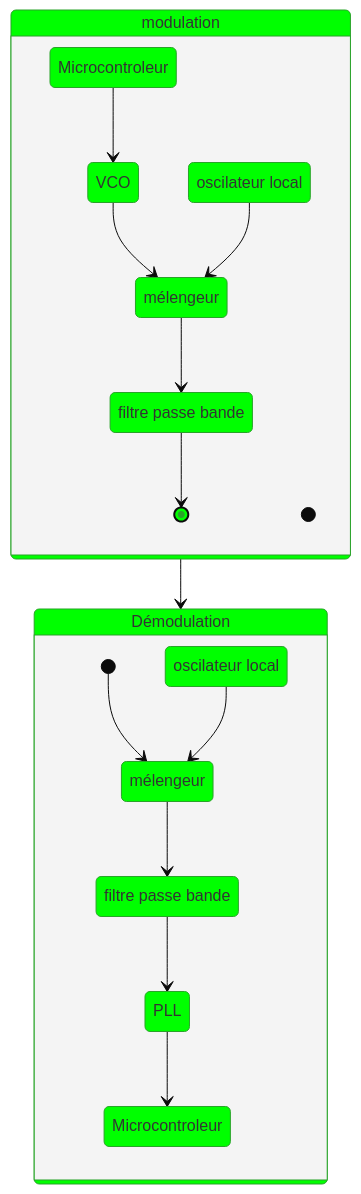
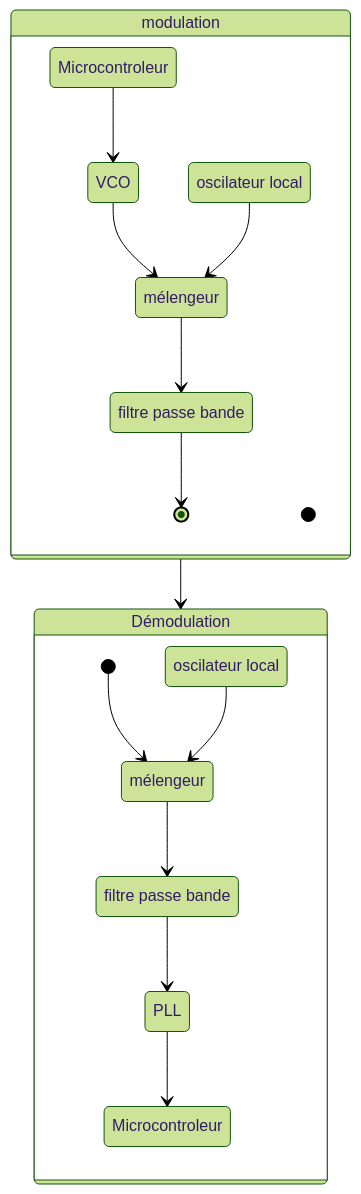
Before and after one commit to mg-mods/iut-lyon1-but-geii-sae-6: the diagram in HF/ReadMe.md, drawn with Mermaid.

Commit message:
changement theme de mermaid

````diff
--- a/HF/ReadMe.md
+++ b/HF/ReadMe.md
@@ -5,48 +5,48 @@
 ```mermaid
 ---
 config:
-  theme: base
+  theme: forest
   themeVariables:
     primaryColor: "#00ff00"
 ---
 
 stateDiagram
   direction TB
   state modulation {
     direction TB
     Mi1 --> V1
     V1 --> Me1
     Ol1 --> Me1
     Me1 --> PB1
     PB1 --> [*]
     Mi1
     V1
     Me1
     Ol1
     PB1
 [*]  }
   state Démodulation {
     direction TB
     [*] --> Me2
     Ol2 --> Me2
     Me2 --> PB2
     PB2 --> PLL
     PLL --> Mi2
     Me2
     Ol2
     PB2
     PLL
     Mi2
 [*]  }
   modulation --> Démodulation
   Mi1:Microcontroleur
   V1:VCO
   Me1:mélengeur
   Ol1:oscilateur local
   PB1:filtre passe bande
   Me2:mélengeur
   Ol2:oscilateur local
   PB2:filtre passe bande
   Mi2:Microcontroleur
 
   ```
````
